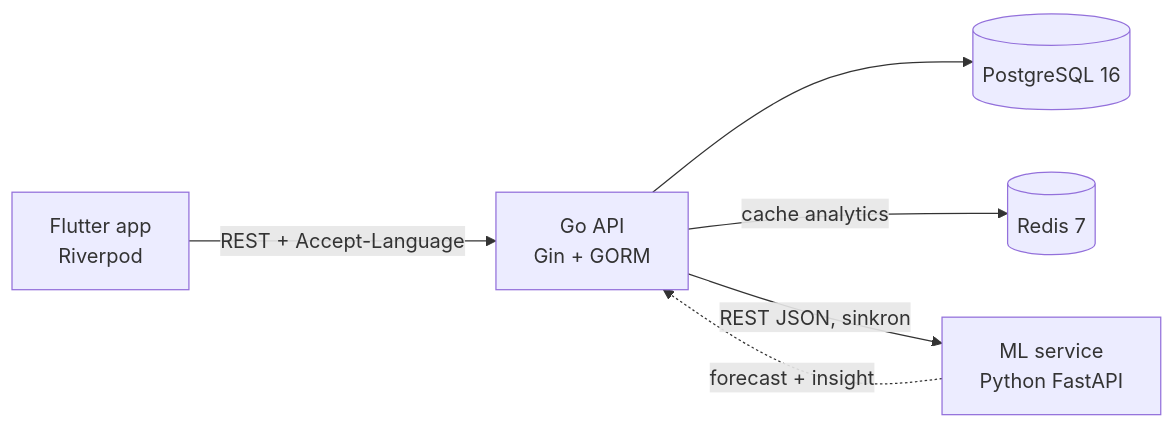
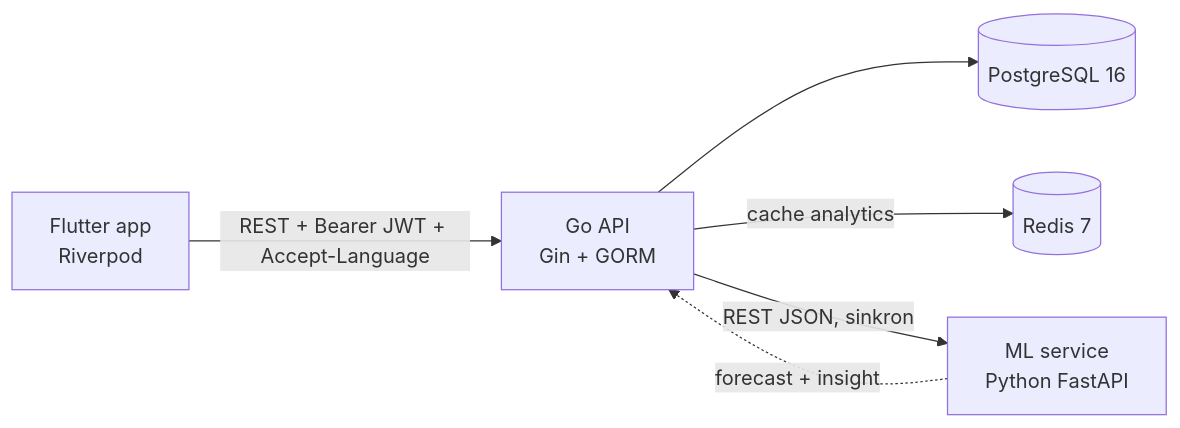
Before and after one commit to dannyalfandi/AI-Powered-Inventory-Sales-Intelligence-System: the diagram in README.md, drawn with Mermaid. The commit also changed other lines of this file and 1 other file, not shown here.

````diff
--- a/README.md
+++ b/README.md
@@ -27,8 +27,8 @@
 ```mermaid
 flowchart LR
-    A[Flutter app<br/>Riverpod] -- REST + Accept-Language --> B[Go API<br/>Gin + GORM]
+    A[Flutter app<br/>Riverpod] -- REST + Bearer JWT + Accept-Language --> B[Go API<br/>Gin + GORM]
     B --> C[(PostgreSQL 16)]
     B -- cache analytics --> D[(Redis 7)]
     B -- REST JSON, sinkron --> E[ML service<br/>Python FastAPI]
     E -. forecast + insight .-> B
 ```
````
